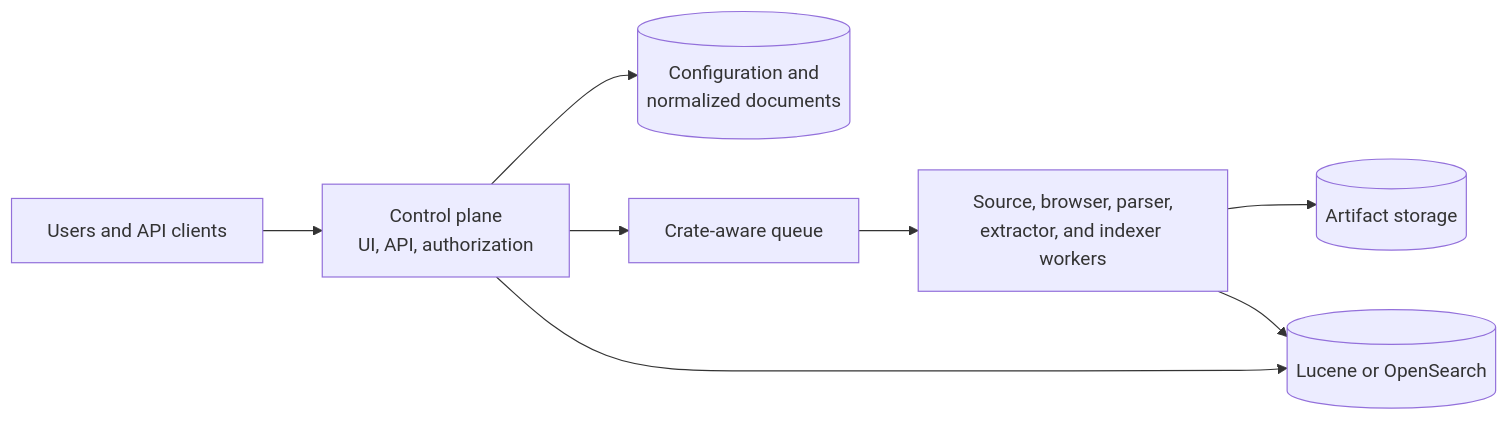
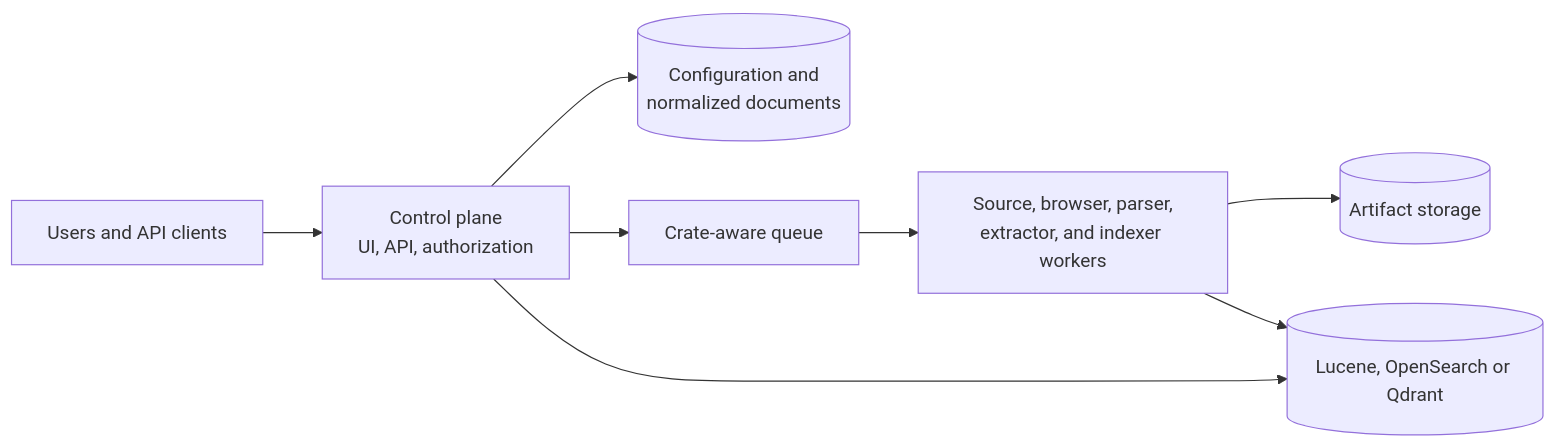
Before and after one commit to wenisch-tech/ContextCrate: the first of 2 diagrams in README.md, drawn with Mermaid. The commit also changed other lines of this file and 24 other files, not shown here.

Commit message:
feat: Added support qdrant as search backend

````diff
--- a/README.md
+++ b/README.md
@@ -77,10 +77,10 @@
 ```mermaid
 flowchart LR
   U[Users and API clients] --> C["Control plane<br/>UI, API, authorization"]
   C --> D[("Configuration and<br/>normalized documents")]
   C --> Q[Crate-aware queue]
   Q --> W["Source, browser, parser,<br/>extractor, and indexer workers"]
   W --> A[(Artifact storage)]
-  W --> I[(Lucene or OpenSearch)]
+  W --> I[(Lucene, OpenSearch or Qdrant)]
   C --> I
 ```
````
